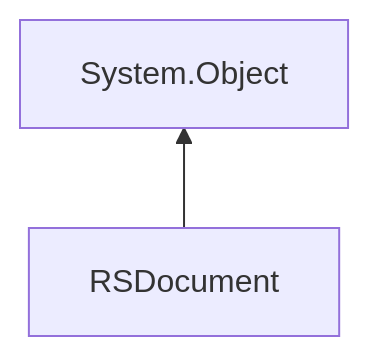
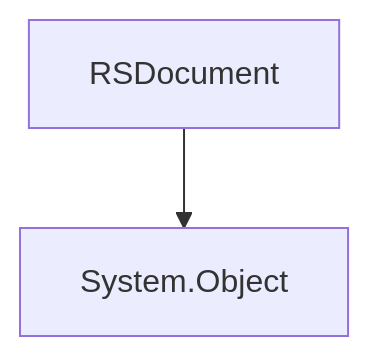
The diagram in docs/api/csharp/reference/RSML/RSDocument.md (OceanApocalypseStudios/RSML-Docs), drawn with Mermaid before and after one commit. The commit also changed other lines of this file and 17 other files, not shown here.

````diff
--- a/docs/api/csharp/reference/RSML/RSDocument.md
+++ b/docs/api/csharp/reference/RSML/RSDocument.md
@@ -7,4 +7,4 @@
 ```mermaid
-flowchart BT
+flowchart TB
     RSDocument --> System.Object
 ```
````
